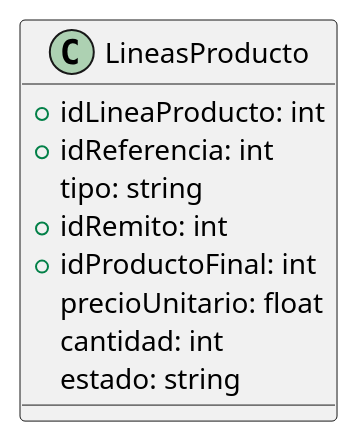
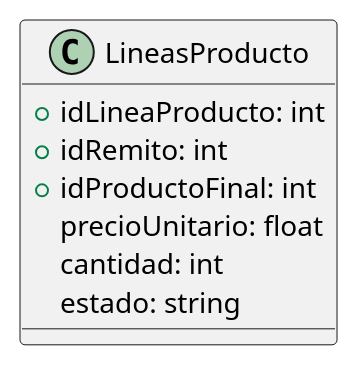
One commit to ZMGestion/DocumentacionZMGestion changed the diagram in DiagramaClases/Clases/LineasProducto.puml. Above: the diagram before and after it, drawn with PlantUML. The commit also changed 48 other files, not shown here.

Commit message:
Nuevo metodos diagrama de clases

```diff
--- a/DiagramaClases/Clases/LineasProducto.puml
+++ b/DiagramaClases/Clases/LineasProducto.puml
@@ -1,12 +1,10 @@
 @startuml LineasProducto
 class LineasProducto{
     +idLineaProducto: int
-    +idReferencia: int
-    tipo: string
     +idRemito: int
     +idProductoFinal: int
     precioUnitario: float
     cantidad: int
     estado: string
 }
 @enduml
```
